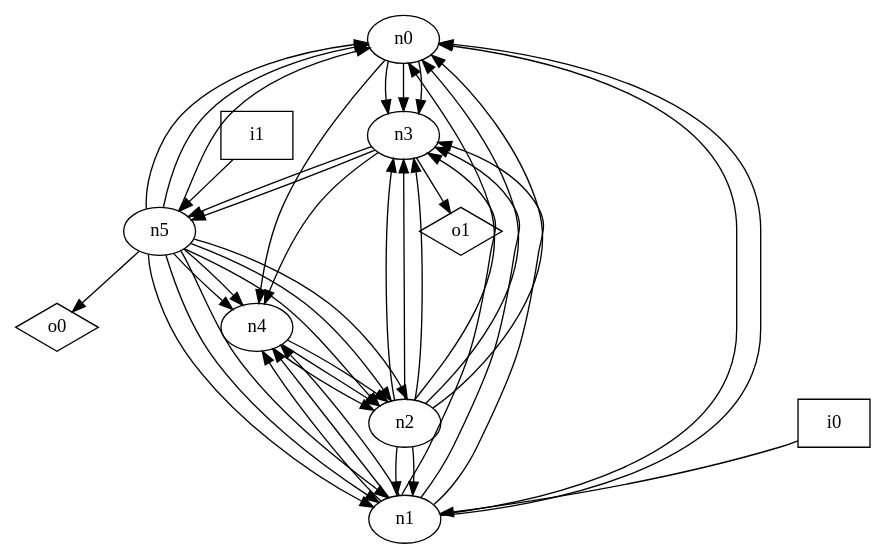
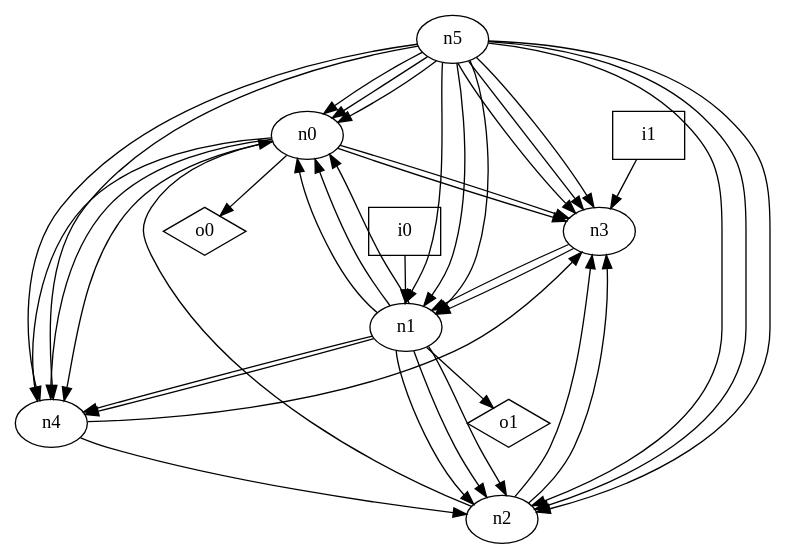
Before and after one commit to p9romain/bool-circuits: the diagram in dot_files/random/random_oriented_graph.dot, drawn with Graphviz. The commit also changed 28 other files, not shown here.

```diff
--- a/dot_files/random/random_oriented_graph.dot
+++ b/dot_files/random/random_oriented_graph.dot
@@ -1,53 +1,50 @@
 digraph G {
 n0 [label="n0"];
 n1 [label="n1"];
 n2 [label="n2"];
 n3 [label="n3"];
 n4 [label="n4"];
 n5 [label="n5"];
 n6 [label="i0",shape="box"];
 n7 [label="i1",shape="box"];
 n8 [label="o0",shape="diamond"];
 n9 [label="o1",shape="diamond"];
 n0 -> n3
 n0 -> n3
-n0 -> n3
 n0 -> n4
+n0 -> n4
+n0 -> n4
+n0 -> n8
 n1 -> n0
 n1 -> n0
-n1 -> n3
-n1 -> n3
-n1 -> n3
+n1 -> n0
+n1 -> n2
+n1 -> n2
+n1 -> n2
 n1 -> n4
 n1 -> n4
-n1 -> n4
+n1 -> n9
 n2 -> n0
-n2 -> n0
-n2 -> n0
-n2 -> n1
-n2 -> n1
 n2 -> n3
 n2 -> n3
-n2 -> n3
-n3 -> n4
-n3 -> n5
-n3 -> n5
-n3 -> n9
+n3 -> n1
+n3 -> n1
 n4 -> n2
-n4 -> n2
-n4 -> n2
+n4 -> n3
 n5 -> n0
 n5 -> n0
 n5 -> n0
 n5 -> n1
 n5 -> n1
 n5 -> n1
 n5 -> n2
 n5 -> n2
 n5 -> n2
+n5 -> n3
+n5 -> n3
+n5 -> n3
 n5 -> n4
 n5 -> n4
-n5 -> n8
 n6 -> n1
-n7 -> n5
+n7 -> n3
 }
```
